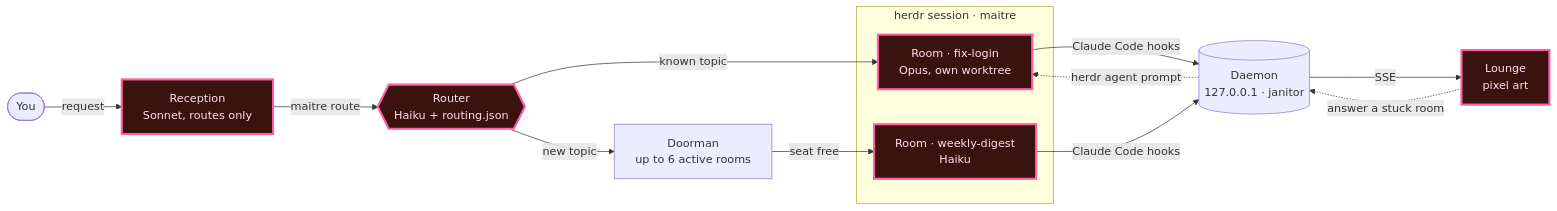
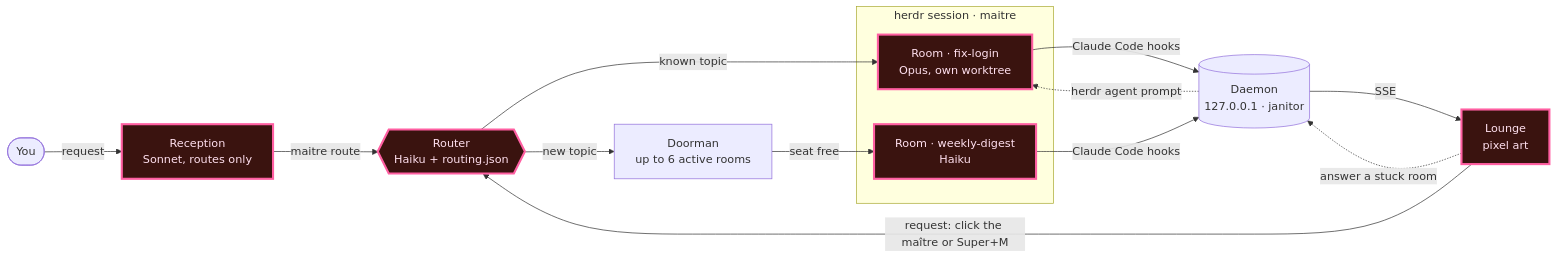
Before and after one commit to danielrdg/maitre: the diagram in README.md, drawn with Mermaid. The commit also changed other lines of this file and 41 other files, not shown here.

````diff
--- a/README.md
+++ b/README.md
@@ -183,18 +227,19 @@
 ```mermaid
 flowchart LR
   you(["You"]) -->|"request"| rec["Reception<br/>Sonnet, routes only"]
   rec -->|"maitre route"| router{{"Router<br/>Haiku + routing.json"}}
   router -->|"known topic"| roomA
   router -->|"new topic"| doorman["Doorman<br/>up to 6 active rooms"]
   doorman -->|"seat free"| roomB
   subgraph herdr["herdr session · maitre"]
     roomA["Room · fix-login<br/>Opus, own worktree"]
     roomB["Room · weekly-digest<br/>Haiku"]
   end
   roomA & roomB -->|"Claude Code hooks"| daemon[("Daemon<br/>127.0.0.1 · janitor")]
   daemon -->|"SSE"| lounge["Lounge<br/>pixel art"]
+  lounge -->|"request: click the maître or Super+M"| router
   lounge -.->|"answer a stuck room"| daemon
   daemon -.->|"herdr agent prompt"| roomA
   classDef now fill:#3a130f,stroke:#ff5fa2,stroke-width:3px,color:#ffe0ef
   class rec,router,roomA,roomB,lounge now
 ```
````
